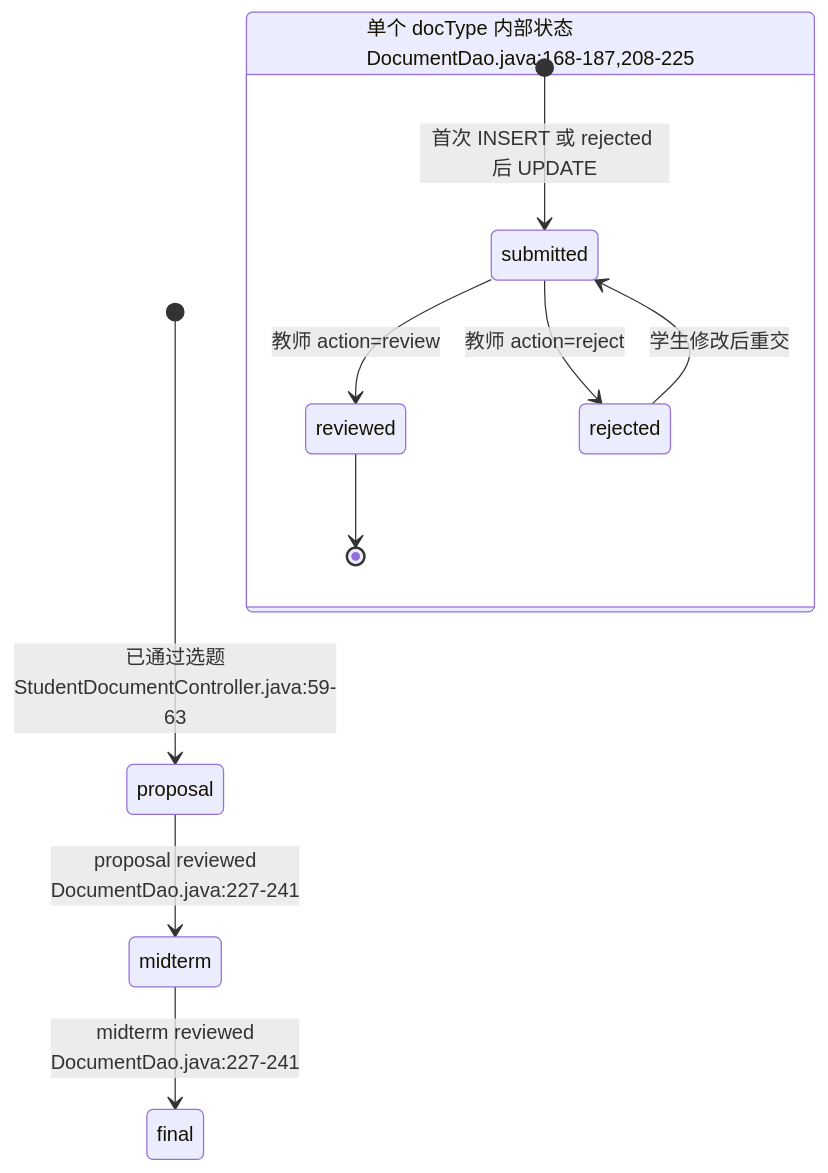
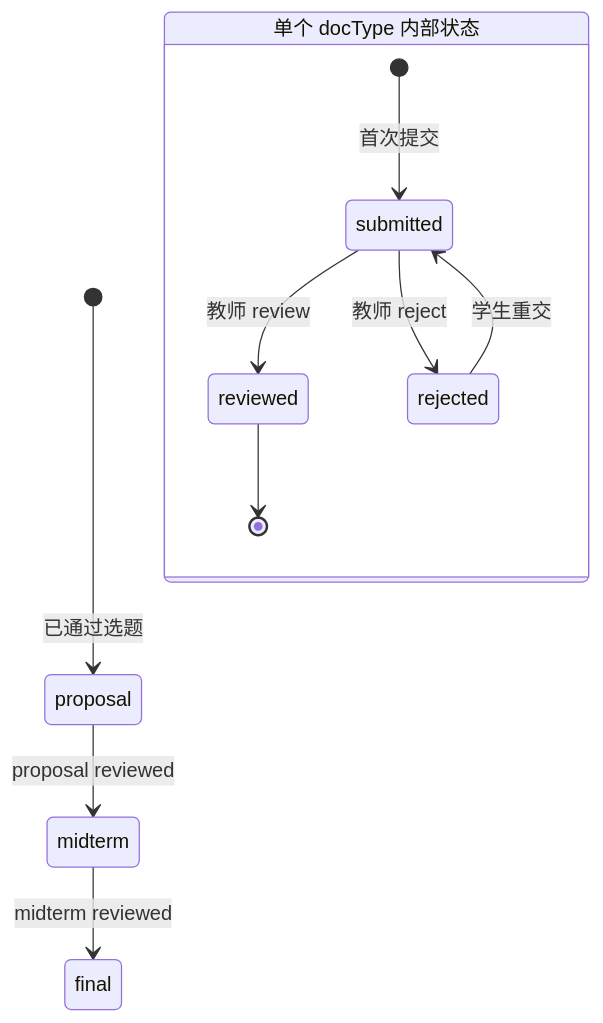
One commit to guangxiangdebizi/graduation-design-management-system changed diagram 11 of 11 in docs/网络数据流详解/parts/03-document-upload-download.md. Above: the diagram before and after it, drawn with Mermaid. The commit also changed other lines of this file and 8 other files, not shown here.

First line of the commit message:
refactor project documentation and enhance network data flow details

````diff
--- a/docs/网络数据流详解/parts/03-document-upload-download.md
+++ b/docs/网络数据流详解/parts/03-document-upload-download.md
@@ -526,14 +485,14 @@
 ```mermaid
 stateDiagram-v2
-    [*] --> proposal: 已通过选题<br/>StudentDocumentController.java:59-63
-    proposal --> midterm: proposal reviewed<br/>DocumentDao.java:227-241
-    midterm --> final: midterm reviewed<br/>DocumentDao.java:227-241
+    [*] --> proposal: 已通过选题
+    proposal --> midterm: proposal reviewed
+    midterm --> final: midterm reviewed
 
-    state "单个 docType 内部状态<br/>DocumentDao.java:168-187,208-225" as S {
-        [*] --> submitted: 首次 INSERT 或 rejected 后 UPDATE
-        submitted --> reviewed: 教师 action=review
-        submitted --> rejected: 教师 action=reject
-        rejected --> submitted: 学生修改后重交
+    state "单个 docType 内部状态" as S {
+        [*] --> submitted: 首次提交
+        submitted --> reviewed: 教师 review
+        submitted --> rejected: 教师 reject
+        rejected --> submitted: 学生重交
         reviewed --> [*]
     }
 ```
````
